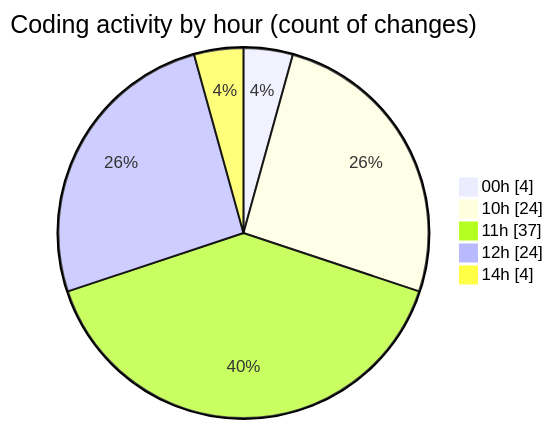
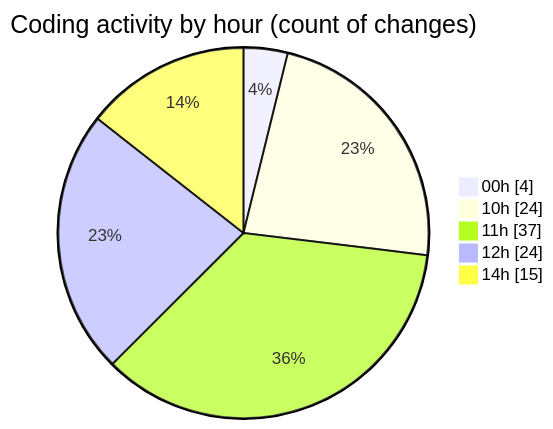
The second of 2 diagrams in 2025-04-04/back-end/README.md (Netris89/code-tracking), drawn with Mermaid before and after one commit. The commit also changed other lines of this file and 1 other file, not shown here.

````diff
--- a/2025-04-04/back-end/README.md
+++ b/2025-04-04/back-end/README.md
@@ -43,9 +44,9 @@
 ```mermaid
 pie showData
 title Coding activity by hour (count of changes)
 "00h" : 4
 "10h" : 24
 "11h" : 37
 "12h" : 24
-"14h" : 4
+"14h" : 15
 ```
````
